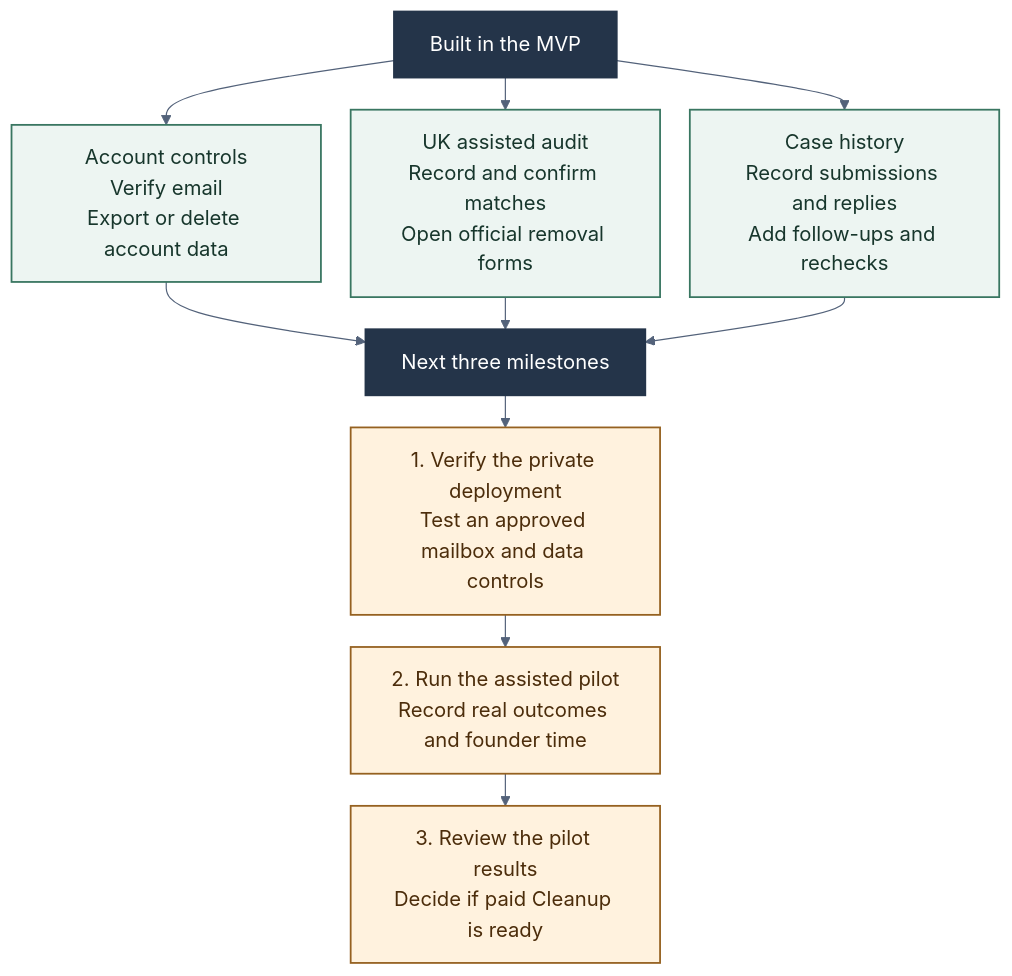
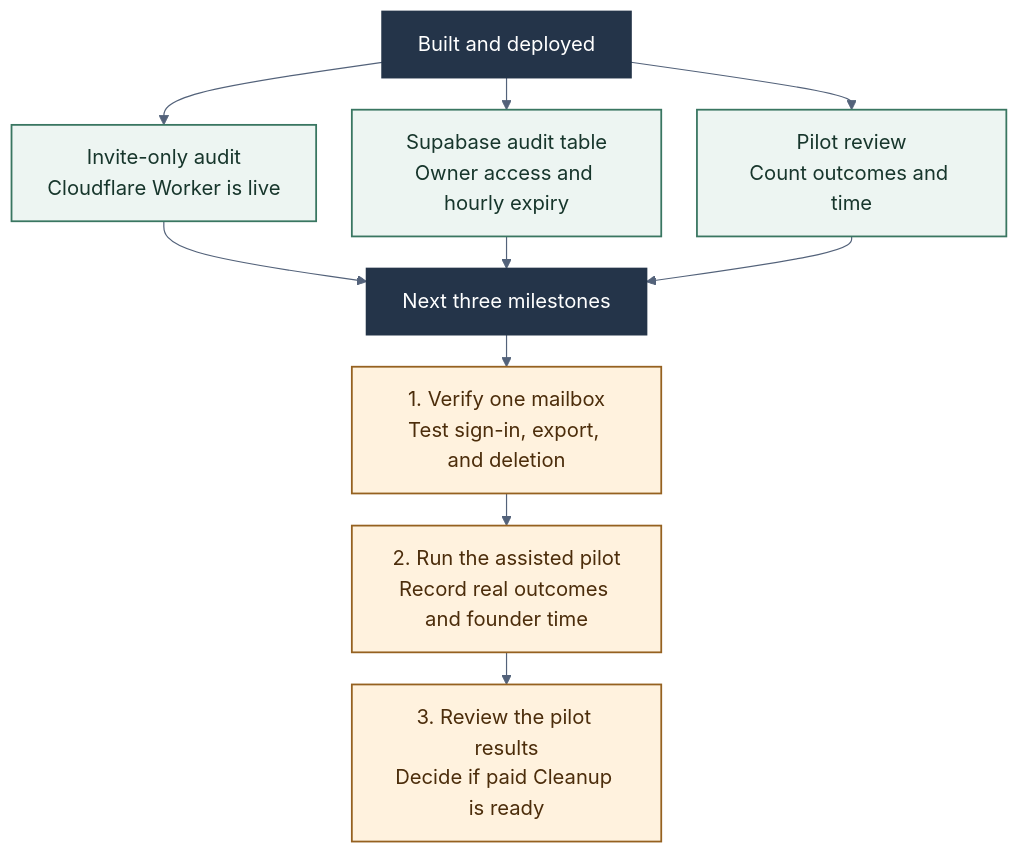
Before and after one commit to AdrianKondrat/privacy_agent: the diagram in MVP/diagrams/mvp-development.mmd, drawn with Mermaid. The commit also changed 9 other files, not shown here.

Commit message:
Verify the deployed pilot gate and update the handover

```diff
--- a/MVP/diagrams/mvp-development.mmd
+++ b/MVP/diagrams/mvp-development.mmd
@@ -1,22 +1,22 @@
-%%{init: {"theme": "base", "flowchart": {"htmlLabels": false, "nodeSpacing": 25, "rankSpacing": 27}, "themeVariables": {"fontFamily": "Arial", "fontSize": "17px", "lineColor": "#53627A"}}}%%
+%%{init: {"theme": "base", "flowchart": {"htmlLabels": false, "nodeSpacing": 30, "rankSpacing": 27}, "themeVariables": {"fontFamily": "Arial", "fontSize": "17px", "lineColor": "#53627A"}}}%%
 graph TD
-  BUILT["Built in the MVP"]
-  A["Account controls<br/>Verify email<br/>Export or delete account data"]
-  B["UK assisted audit<br/>Record and confirm matches<br/>Open official removal forms"]
-  C["Case history<br/>Record submissions and replies<br/>Add follow-ups and rechecks"]
+  BUILT["Built and deployed"]
+  A["Invite-only audit<br/>Cloudflare Worker is live"]
+  B["Supabase audit table<br/>Owner access and hourly expiry"]
+  C["Pilot review<br/>Count outcomes and time"]
   NEXT["Next three milestones"]
-  D["1. Verify the private deployment<br/>Test an approved mailbox and data controls"]
+  D["1. Verify one mailbox<br/>Test sign-in, export, and deletion"]
   E["2. Run the assisted pilot<br/>Record real outcomes and founder time"]
   F["3. Review the pilot results<br/>Decide if paid Cleanup is ready"]
 
   BUILT --> A --> NEXT
   BUILT --> B --> NEXT
   BUILT --> C --> NEXT
   NEXT --> D --> E --> F
 
   classDef heading fill:#243449,stroke:#243449,color:#FFFFFF,stroke-width:1.5px;
   classDef built fill:#EDF5F2,stroke:#397661,color:#17362C,stroke-width:1.5px;
   classDef next fill:#FFF2DE,stroke:#956120,color:#4C2D0B,stroke-width:1.5px;
   class BUILT,NEXT heading;
   class A,B,C built;
   class D,E,F next;
```
